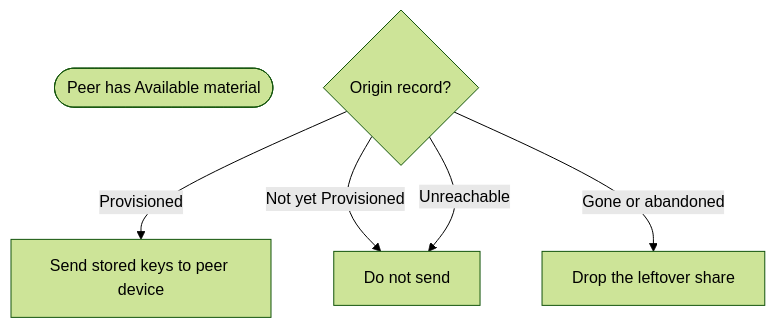
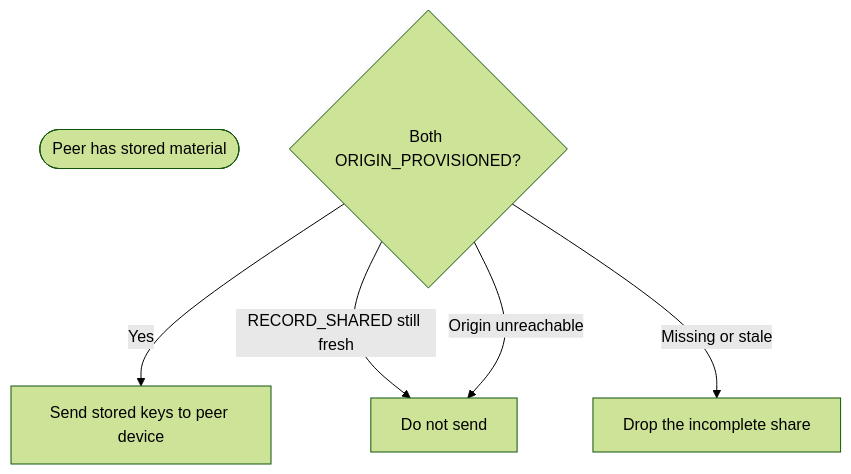
The ninth of 10 diagrams in JAVA_APPS/docs/FLOWCHARTS.md (vonasmic/one-time-pad-keychain), drawn with Mermaid (forest theme) before and after one commit. The commit also changed other lines of this file and 98 other files, not shown here.

````diff
--- a/JAVA_APPS/docs/FLOWCHARTS.md
+++ b/JAVA_APPS/docs/FLOWCHARTS.md
@@ -249,9 +249,9 @@
 ```mermaid
 flowchart TD
-    Start([Peer has Available material])
-    Origin{Origin record?}
-    Origin -->|Provisioned| Send[Send stored keys to peer device]
-    Origin -->|Not yet Provisioned| Hold[Do not send]
-    Origin -->|Gone or abandoned| Clean[Drop the leftover share]
-    Origin -->|Unreachable| Hold
+    Start([Peer has stored material])
+    Both{Both ORIGIN_PROVISIONED?}
+    Both -->|Yes| Send[Send stored keys to peer device]
+    Both -->|RECORD_SHARED still fresh| Hold[Do not send]
+    Both -->|Missing or stale| Clean[Drop the incomplete share]
+    Both -->|Origin unreachable| Hold
 ```
````
